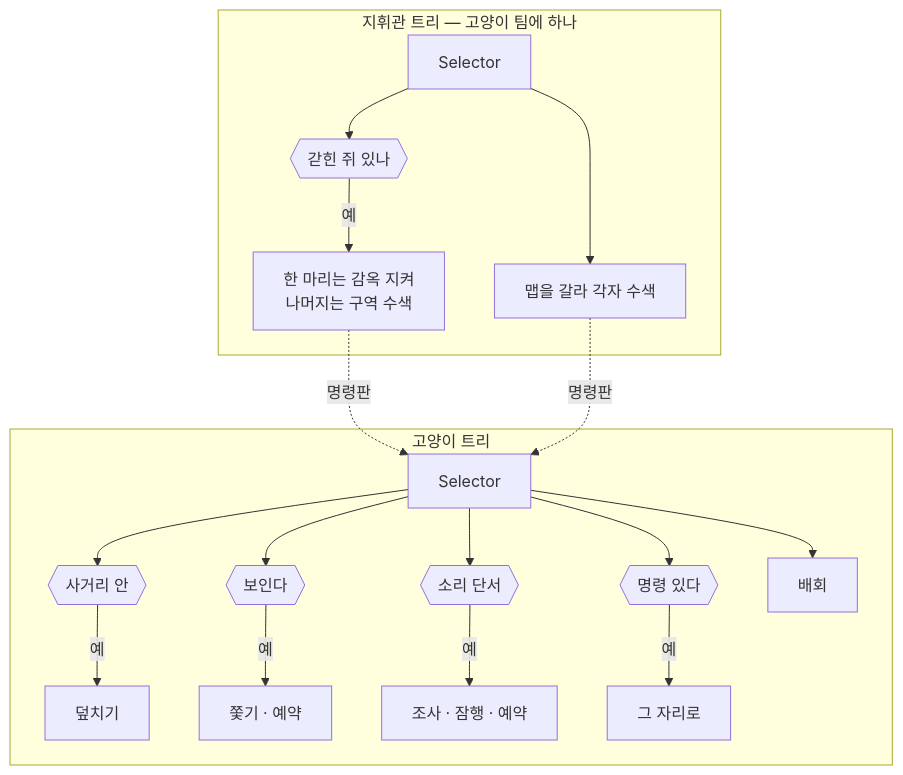
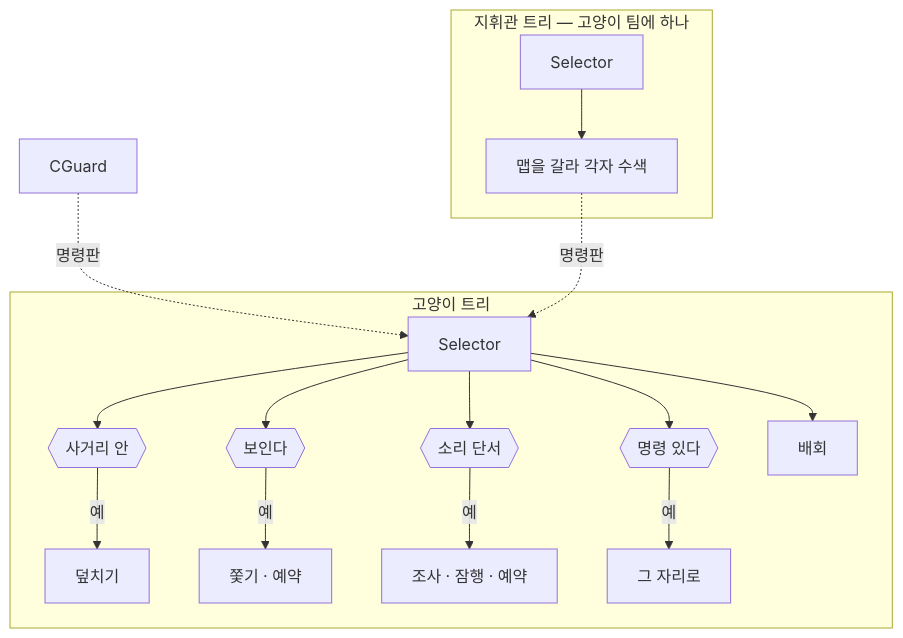
Before and after one commit to JeahanPark/The-Cheese-Thief-and-the-Cat: the tenth of 17 diagrams in CTC/docs/design-vault/코드 다이어그램.md, drawn with Mermaid. The commit also changed other lines of this file and 75 other files, not shown here.

Commit message:
feat(match): 감옥 시스템 삭제 — 쥐는 잡히면 즉시 탈락(관전) · JailDirector/JailedTag/JailLogic/JailHud·맵 창살·CSV Jail* 6칸·봇 구출/간수·qa_v39 제거 · MatchFlowLogic.Evaluate(armed,cats,mice) · 따봉은 관전자만 · 문서(규칙 페이지·코드 다이어그램·핸드오프)

````diff
--- a/CTC/docs/design-vault/코드 다이어그램.md
+++ b/CTC/docs/design-vault/코드 다이어그램.md
@@ -509,23 +489,21 @@
 ```mermaid
 flowchart TB
     subgraph 지휘관["지휘관 트리 — 고양이 팀에 하나"]
-        CRoot[Selector] --> CJail{{갇힌 쥐 있나}}
-        CJail -->|예| CGuard[한 마리는 감옥 지켜<br/>나머지는 구역 수색]
-        CRoot --> CZone[맵을 갈라 각자 수색]
+        CRoot[Selector] --> CZone[맵을 갈라 각자 수색]
     end
 
     CGuard -.명령판.-> MRoot
     CZone -.명령판.-> MRoot
 
     subgraph 고양이["고양이 트리"]
         MRoot[Selector] --> P{{사거리 안}}
         P -->|예| PA[덮치기]
         MRoot --> C{{보인다}}
         C -->|예| CA[쫓기 · 예약]
         MRoot --> I{{소리 단서}}
         I -->|예| IA[조사 · 잠행 · 예약]
         MRoot --> O{{명령 있다}}
         O -->|예| OA[그 자리로]
         MRoot --> W[배회]
     end
 ```
````
